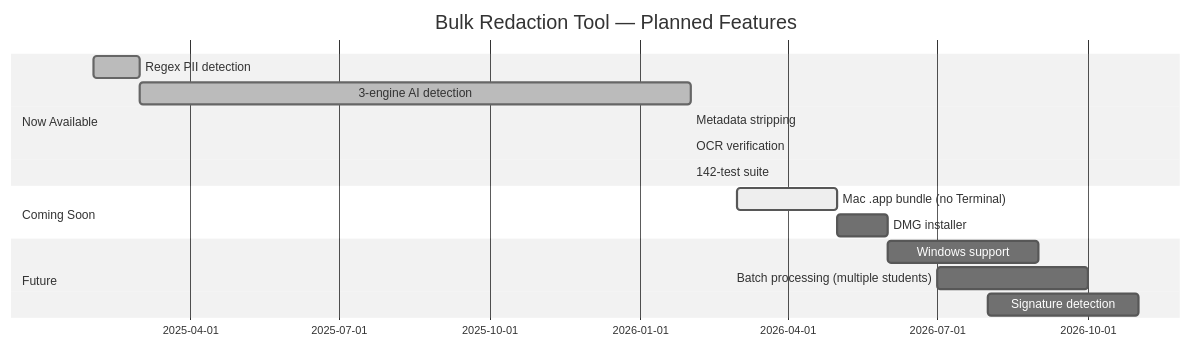
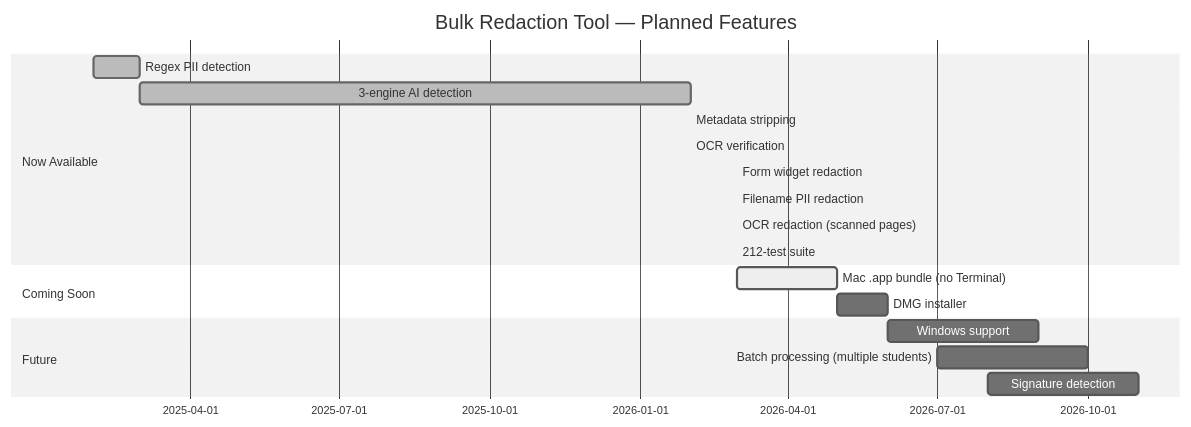
Before and after one commit to mrdavearms/student-doc-redactor: the third of 3 diagrams in README.md, drawn with Mermaid (neutral theme). The commit also changed other lines of this file and 1 other file, not shown here.

First line of the commit message:
docs: comprehensive README and CLAUDE.md update for OCR redaction features

````diff
--- a/README.md
+++ b/README.md
@@ -438,18 +530,21 @@
 ```mermaid
 gantt
     title Bulk Redaction Tool — Planned Features
     dateFormat  YYYY-MM
     section Now Available
     Regex PII detection           :done, 2025-02, 2025-03
     3-engine AI detection         :done, 2025-03, 2026-02
     Metadata stripping            :done, 2026-02, 2026-02
     OCR verification              :done, 2026-02, 2026-02
-    142-test suite                :done, 2026-02, 2026-02
+    Form widget redaction         :done, 2026-03, 2026-03
+    Filename PII redaction        :done, 2026-03, 2026-03
+    OCR redaction (scanned pages) :done, 2026-03, 2026-03
+    212-test suite                :done, 2026-03, 2026-03
     section Coming Soon
     Mac .app bundle (no Terminal) :active, 2026-03, 2026-05
     DMG installer                 :2026-05, 2026-06
     section Future
     Windows support               :2026-06, 2026-09
     Batch processing (multiple students) :2026-07, 2026-10
     Signature detection           :2026-08, 2026-11
 ```
````
